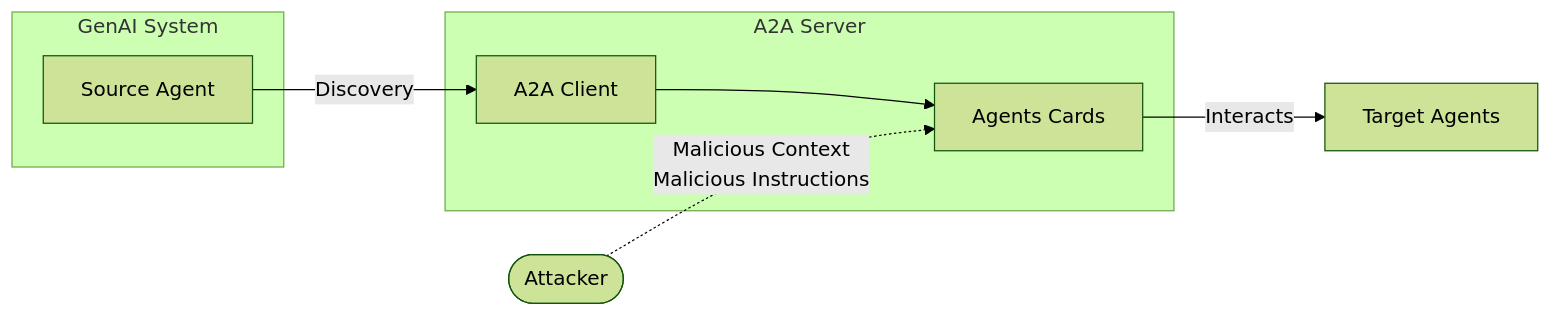
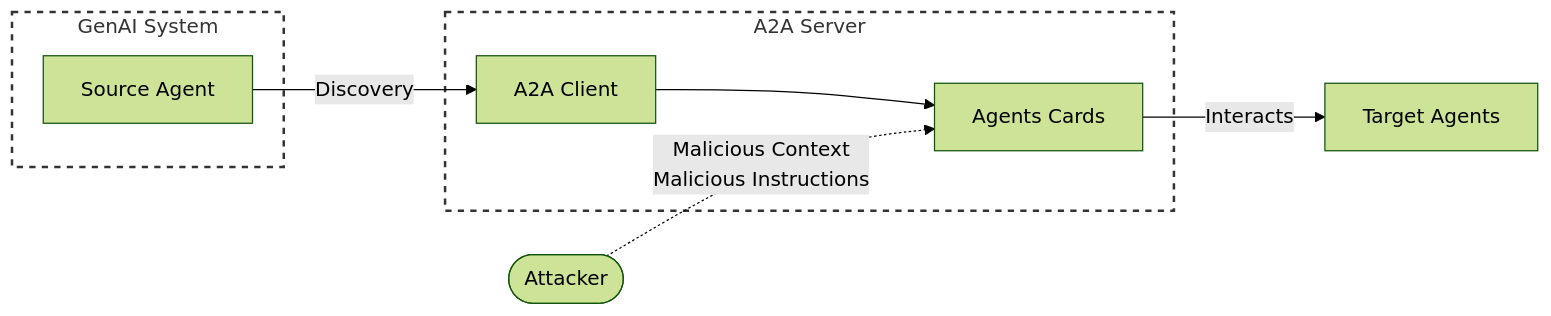
Before and after one commit to felipepenha/gurple: the tenth of 12 diagrams in docs/attack_entry_points/index.md, drawn with Mermaid (forest theme). The commit also changed other lines of this file and 3 other files, not shown here.

````diff
--- a/docs/attack_entry_points/index.md
+++ b/docs/attack_entry_points/index.md
@@ -188,20 +194,24 @@
     ```mermaid
     graph LR
 
-        subgraph GenAI System
+        subgraph dashed_box_genai [GenAI System]
             SourceAgent[Source Agent]
         end
 
-        subgraph A2A Server
+        subgraph dashed_box_a2a [A2A Server]
             Client[A2A Client]
             Card[Agents Cards]
         end
 
         SourceAgent --> |Discovery| Client
         Client --> Card
 
         Attacker([Attacker]) -.-> |Malicious Context<br /> Malicious Instructions| Card
 
 
         Card -->|Interacts| TargetAgents[Target Agents]
+
+        style dashed_box_genai stroke-dasharray: 5 5, fill:none,stroke:#333,stroke-width:2px;
+
+        style dashed_box_a2a stroke-dasharray: 5 5, fill:none,stroke:#333,stroke-width:2px;
     ```
````
